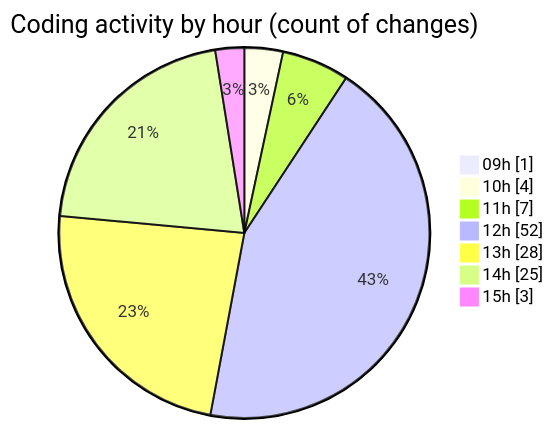
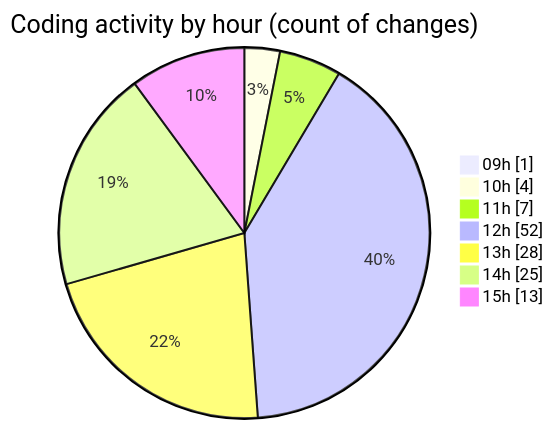
Before and after one commit to momahboobian/code-tracking: the second of 2 diagrams in 2025-04-07/cda/README.md, drawn with Mermaid. The commit also changed other lines of this file and 1 other file, not shown here.

````diff
--- a/2025-04-07/cda/README.md
+++ b/2025-04-07/cda/README.md
@@ -35,11 +35,11 @@
 ```mermaid
 pie showData
 title Coding activity by hour (count of changes)
 "09h" : 1
 "10h" : 4
 "11h" : 7
 "12h" : 52
 "13h" : 28
 "14h" : 25
-"15h" : 3
+"15h" : 13
 ```
````
